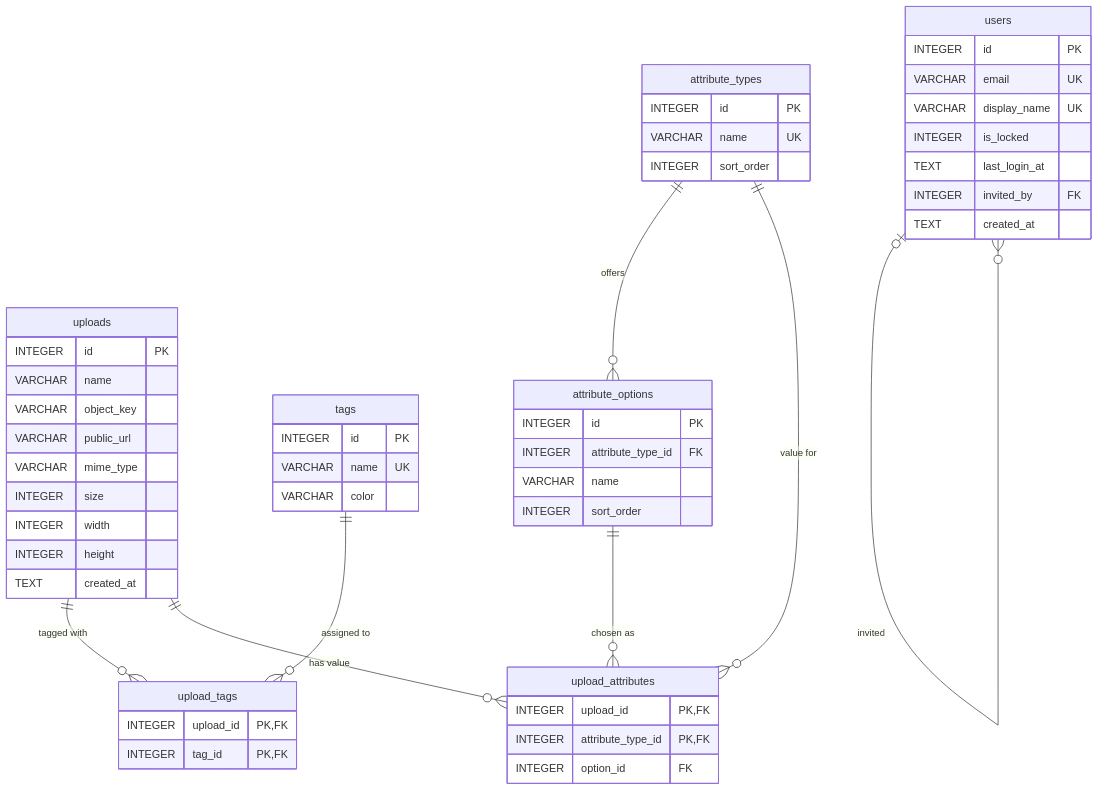
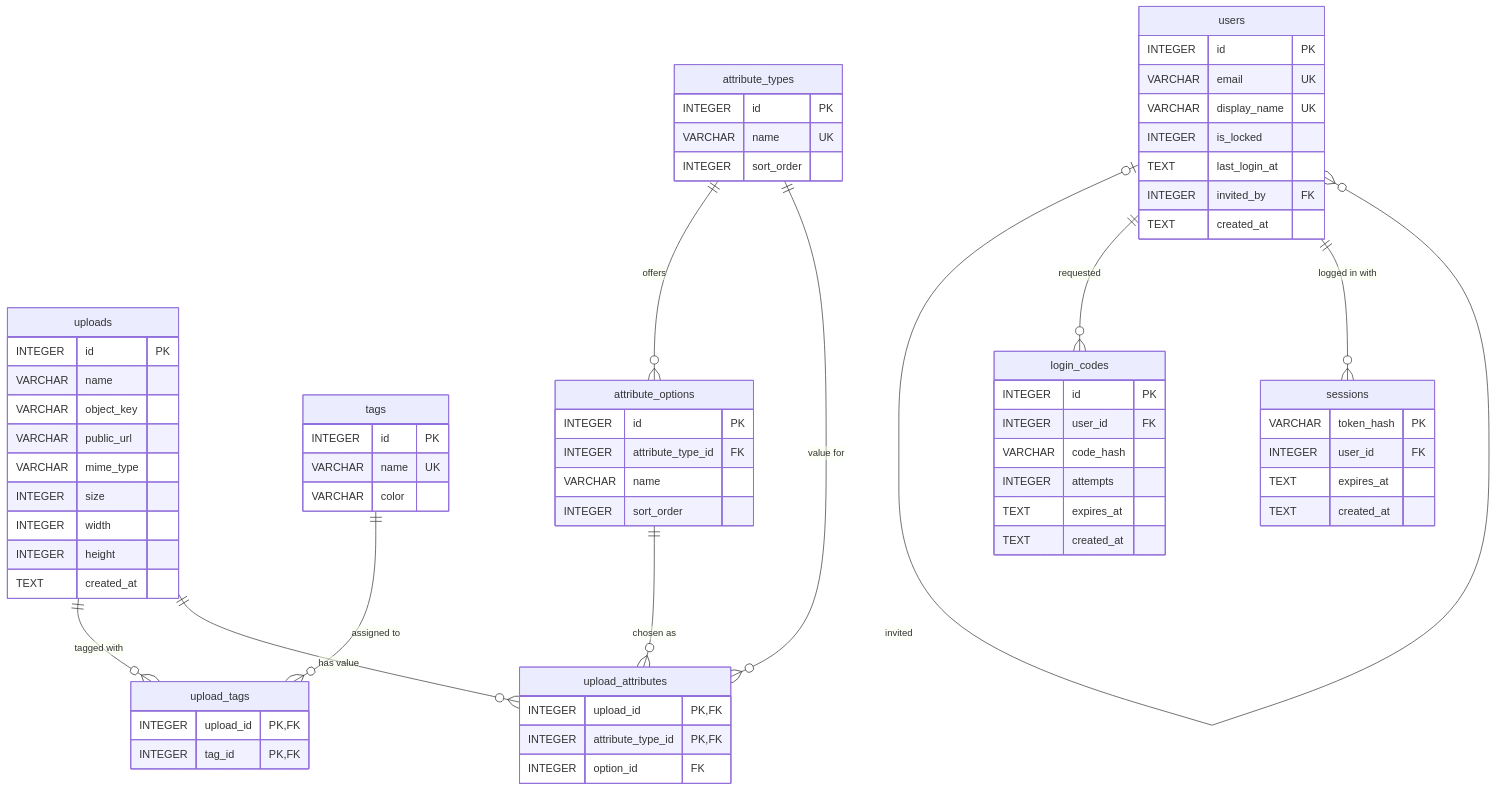
The diagram in app-node/docs/data-model.md (weedukind/muenzquell-galerie-admin), drawn with Mermaid before and after one commit. The commit also changed other lines of this file and 2 other files, not shown here.

First line of the commit message:
Add login_codes and sessions tables for the frontend's login

````diff
--- a/app-node/docs/data-model.md
+++ b/app-node/docs/data-model.md
@@ -5,56 +5,72 @@
 ```mermaid
 erDiagram
     uploads ||--o{ upload_tags : "tagged with"
     tags ||--o{ upload_tags : "assigned to"
     uploads ||--o{ upload_attributes : "has value"
     attribute_types ||--o{ attribute_options : "offers"
     attribute_types ||--o{ upload_attributes : "value for"
     attribute_options ||--o{ upload_attributes : "chosen as"
     users |o--o{ users : "invited"
+    users ||--o{ login_codes : "requested"
+    users ||--o{ sessions : "logged in with"
 
     uploads {
         INTEGER id PK
         VARCHAR name
         VARCHAR object_key
         VARCHAR public_url
         VARCHAR mime_type
         INTEGER size
         INTEGER width
         INTEGER height
         TEXT created_at
     }
     tags {
         INTEGER id PK
         VARCHAR name UK
         VARCHAR color
     }
     upload_tags {
         INTEGER upload_id PK, FK
         INTEGER tag_id PK, FK
     }
     attribute_types {
         INTEGER id PK
         VARCHAR name UK
         INTEGER sort_order
     }
     attribute_options {
         INTEGER id PK
         INTEGER attribute_type_id FK
         VARCHAR name
         INTEGER sort_order
     }
     upload_attributes {
         INTEGER upload_id PK, FK
         INTEGER attribute_type_id PK, FK
         INTEGER option_id FK
     }
     users {
         INTEGER id PK
         VARCHAR email UK
         VARCHAR display_name UK
         INTEGER is_locked
         TEXT last_login_at
         INTEGER invited_by FK
         TEXT created_at
     }
+    login_codes {
+        INTEGER id PK
+        INTEGER user_id FK
+        VARCHAR code_hash
+        INTEGER attempts
+        TEXT expires_at
+        TEXT created_at
+    }
+    sessions {
+        VARCHAR token_hash PK
+        INTEGER user_id FK
+        TEXT expires_at
+        TEXT created_at
+    }
 ```
````
